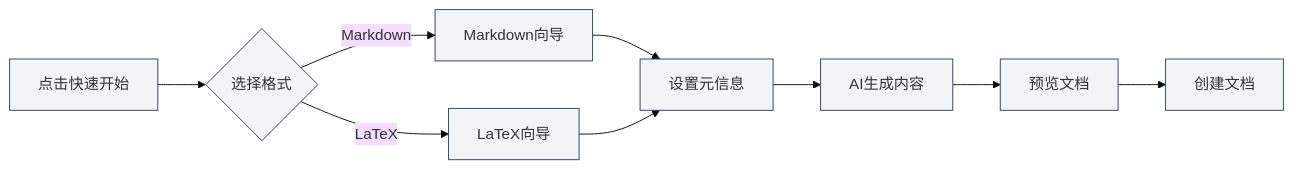
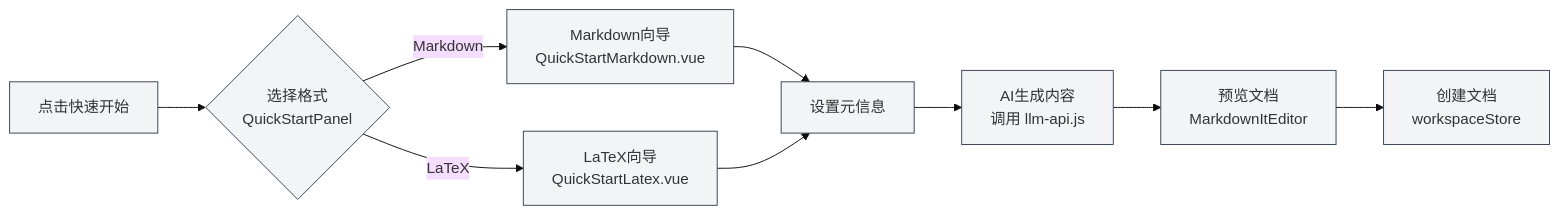
The second of 2 diagrams in meta-doc/src/renderer/src/manuals/zh_CN/quick-start/guide.md (JaredYe04/MetaDoc), drawn with Mermaid (base theme) before and after one commit. The commit also changed other lines of this file and 11 other files, not shown here.

First line of the commit message:
docs: 完善用户手册文档，添加Demo组件和图表

````diff
--- a/meta-doc/src/renderer/src/manuals/zh_CN/quick-start/guide.md
+++ b/meta-doc/src/renderer/src/manuals/zh_CN/quick-start/guide.md
@@ -84,19 +119,19 @@
 ```mermaid
 graph LR
-    A[点击快速开始] --> B{选择格式}
-    B -->|Markdown| C[Markdown向导]
-    B -->|LaTeX| D[LaTeX向导]
+    A[点击快速开始] --> B{选择格式<br/>QuickStartPanel}
+    B -->|Markdown| C[Markdown向导<br/>QuickStartMarkdown.vue]
+    B -->|LaTeX| D[LaTeX向导<br/>QuickStartLatex.vue]
     C --> E[设置元信息]
     D --> E
-    E --> F[AI生成内容]
-    F --> G[预览文档]
-    G --> H[创建文档]
+    E --> F[AI生成内容<br/>调用 llm-api.js]
+    F --> G[预览文档<br/>MarkdownItEditor]
+    G --> H[创建文档<br/>workspaceStore]
     style A fill:#f3f4f6,stroke:#374151
     style B fill:#f3f4f6,stroke:#374151
     style C fill:#f3f4f6,stroke:#374151
     style D fill:#f3f4f6,stroke:#374151
     style E fill:#f3f4f6,stroke:#374151
     style F fill:#f3f4f6,stroke:#374151
     style G fill:#f3f4f6,stroke:#374151
     style H fill:#f3f4f6,stroke:#374151
 ```
````
